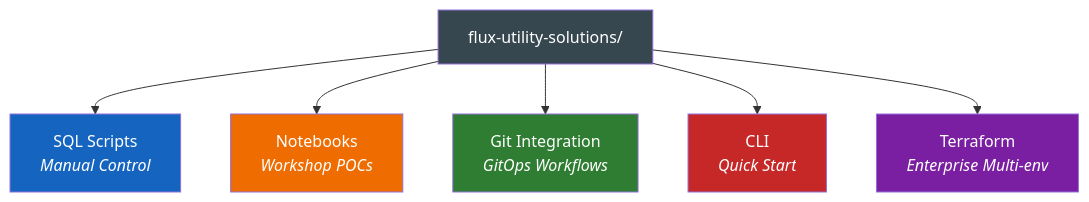
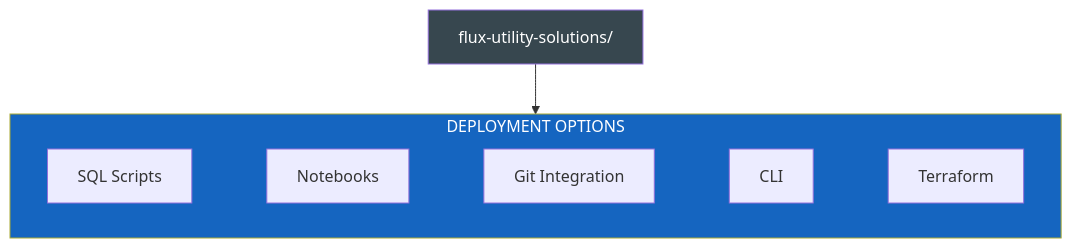
The third of 4 diagrams in docs/ARCHITECTURE.md (sfc-gh-abannerjee/flux-utility-solutions), drawn with Mermaid before and after one commit. The commit also changed other lines of this file and 4 other files, not shown here.

First line of the commit message:
Restructure architecture docs and fix Mermaid diagram layouts

````diff
--- a/docs/ARCHITECTURE.md
+++ b/docs/ARCHITECTURE.md
@@ -167,17 +101,13 @@
 ```mermaid
-flowchart TD
+flowchart TB
     REPO["flux-utility-solutions/"]
     
-    REPO --> SQL["SQL Scripts<br/><i>Manual Control</i>"]
-    REPO --> NB["Notebooks<br/><i>Workshop POCs</i>"]
-    REPO --> GIT["Git Integration<br/><i>GitOps Workflows</i>"]
-    REPO --> CLI["CLI<br/><i>Quick Start</i>"]
-    REPO --> TF["Terraform<br/><i>Enterprise Multi-env</i>"]
+    subgraph Paths["DEPLOYMENT OPTIONS"]
+        SQL["SQL Scripts"] ~~~ NB["Notebooks"] ~~~ GIT["Git Integration"] ~~~ CLI["CLI"] ~~~ TF["Terraform"]
+    end
+    
+    REPO --> Paths
     
     style REPO fill:#37474f,color:#fff
-    style SQL fill:#1565c0,color:#fff
-    style NB fill:#ef6c00,color:#fff
-    style GIT fill:#2e7d32,color:#fff
-    style CLI fill:#c62828,color:#fff
-    style TF fill:#7b1fa2,color:#fff
+    style Paths fill:#1565c0,color:#fff
 ```
````
